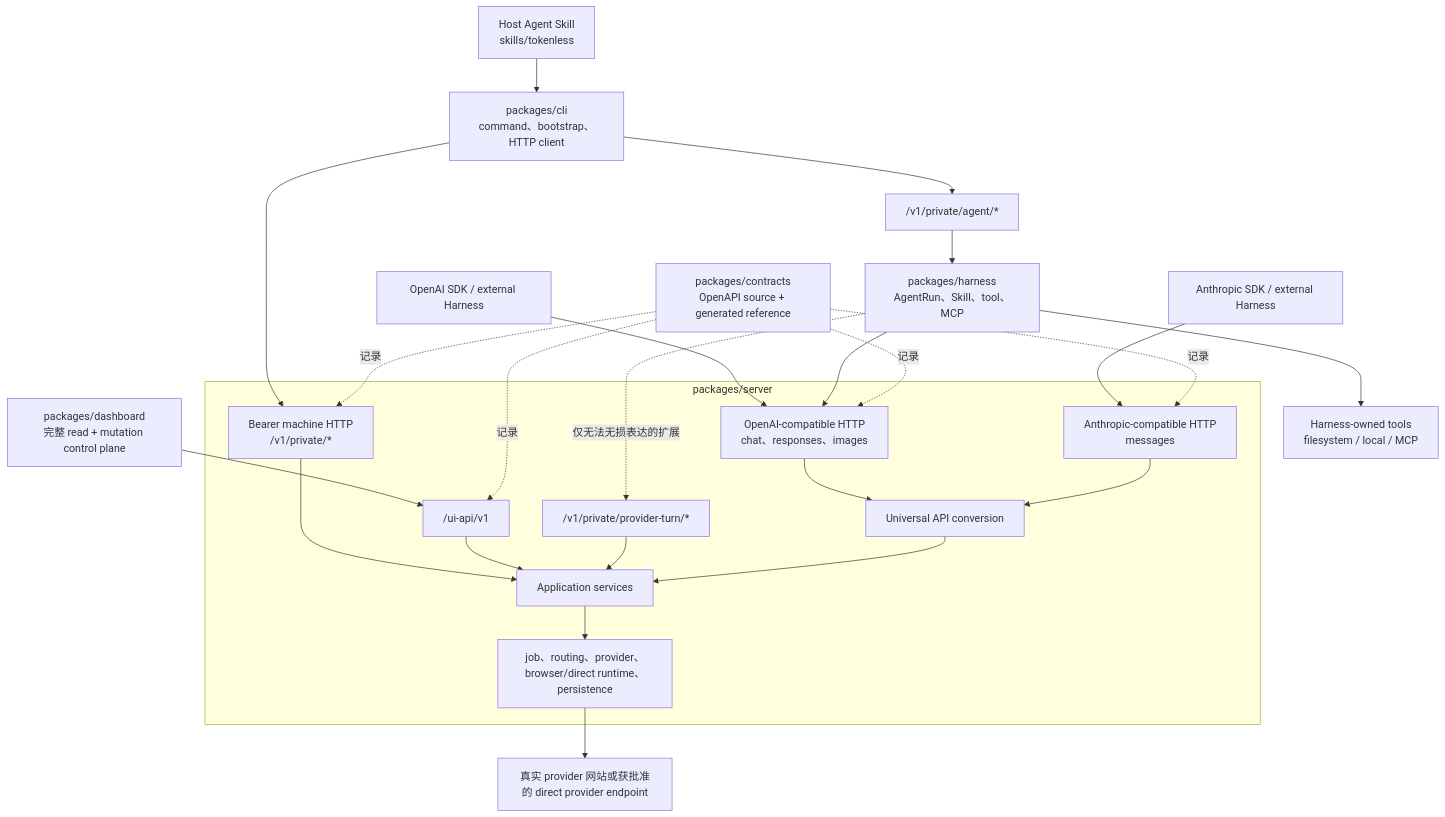
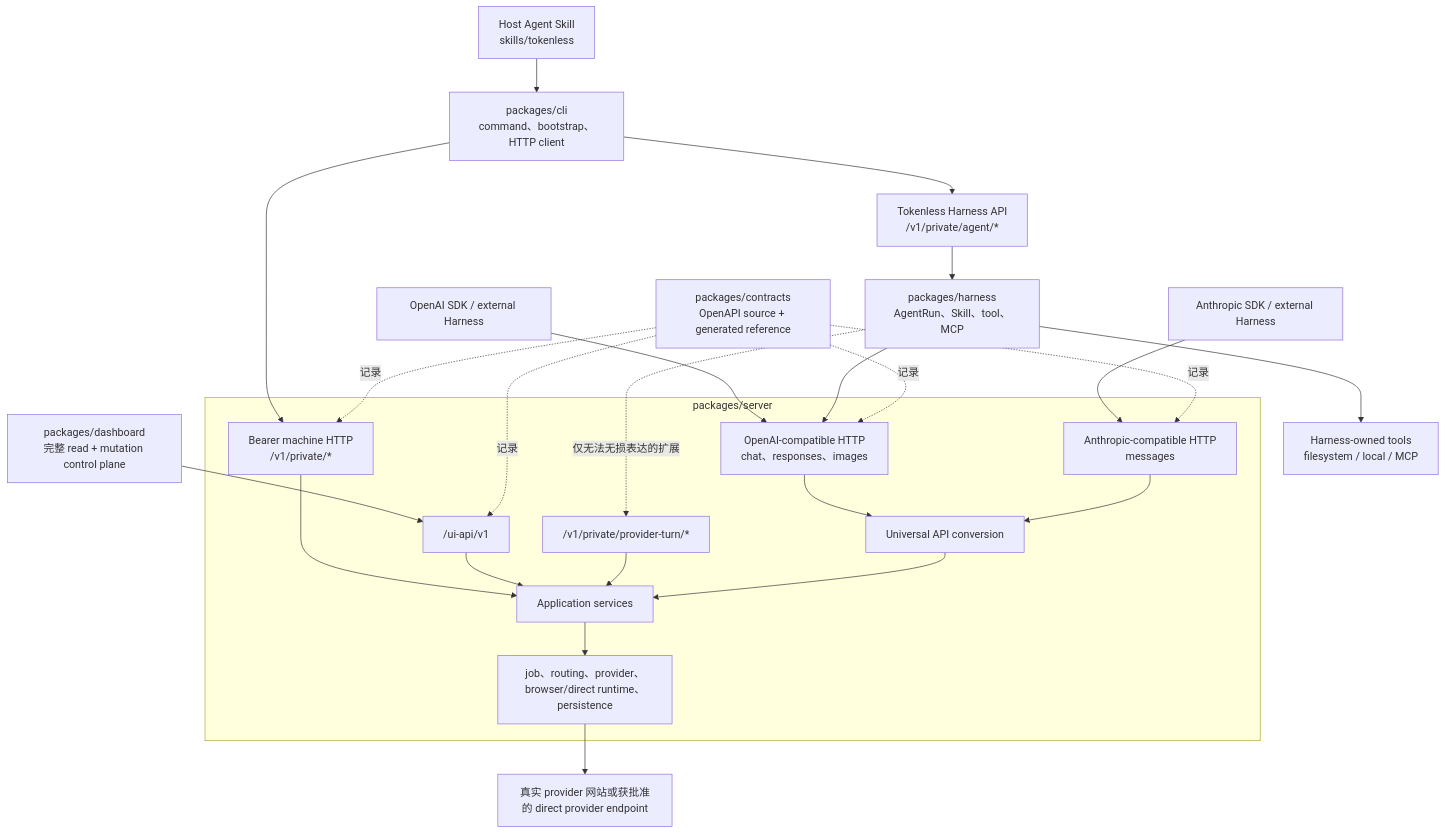
Before and after one commit to jazelly/tokenless: the diagram in docs/architecture.zh-CN.md, drawn with Mermaid. The commit also changed other lines of this file and 6 other files, not shown here.

Commit message:
docs: clarify Tokenless Harness API terminology

````diff
--- a/docs/architecture.zh-CN.md
+++ b/docs/architecture.zh-CN.md
@@ -9,33 +9,33 @@
 ```mermaid
 flowchart TB
   Skill["Host Agent Skill<br/>skills/tokenless"] --> CLI
-  CLI["packages/cli<br/>command、bootstrap、HTTP client"] --> AgentAPI["/v1/private/agent/*"]
+  CLI["packages/cli<br/>command、bootstrap、HTTP client"] --> AgentAPI["Tokenless Harness API<br/>/v1/private/agent/*"]
   CLI --> Control["Bearer machine HTTP<br/>/v1/private/*"]
   Dashboard["packages/dashboard<br/>完整 read + mutation control plane"] --> UIAPI["/ui-api/v1"]
   OpenAIClient["OpenAI SDK / external Harness"] --> API["OpenAI-compatible HTTP<br/>chat、responses、images"]
   AnthropicClient["Anthropic SDK / external Harness"] --> Anthropic["Anthropic-compatible HTTP<br/>messages"]
   AgentAPI --> Harness["packages/harness<br/>AgentRun、Skill、tool、MCP"]
   Harness --> API
   Harness -. "仅无法无损表达的扩展" .-> PrivateTurn["/v1/private/provider-turn/*"]
 
   subgraph Server["packages/server"]
     Control --> Application["Application services"]
     UIAPI --> Application
     API --> Universal["Universal API conversion"]
     Anthropic --> Universal
     PrivateTurn --> Application
     Universal --> Application
     Application --> Provider["job、routing、provider、browser/direct runtime、persistence"]
   end
 
   Browser["真实 provider 网站或获批准的 direct provider endpoint"]
   Tools["Harness-owned tools<br/>filesystem / local / MCP"]
 
   Harness --> Tools
   Provider --> Browser
 
   Contracts["packages/contracts<br/>OpenAPI source + generated reference"] -. "记录" .-> API
   Contracts -. "记录" .-> Anthropic
   Contracts -. "记录" .-> Control
   Contracts -. "记录" .-> UIAPI
 ```
````
